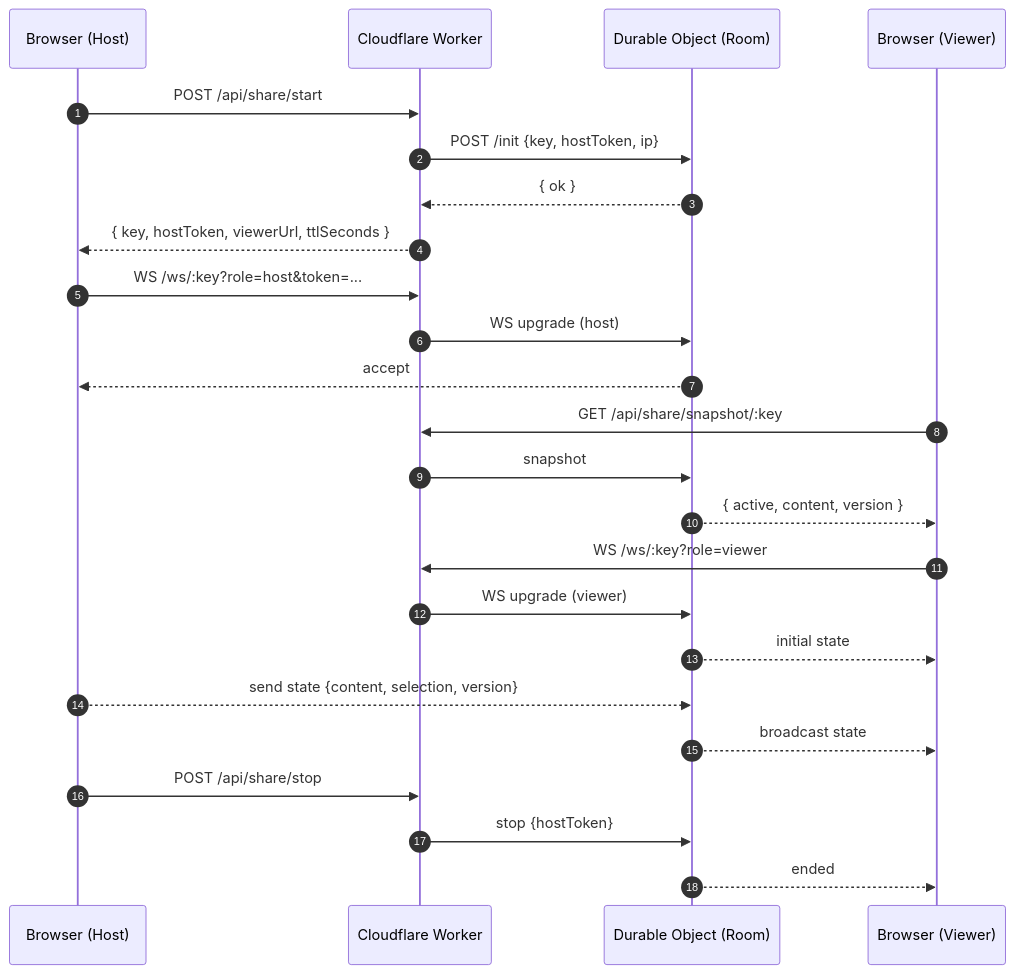
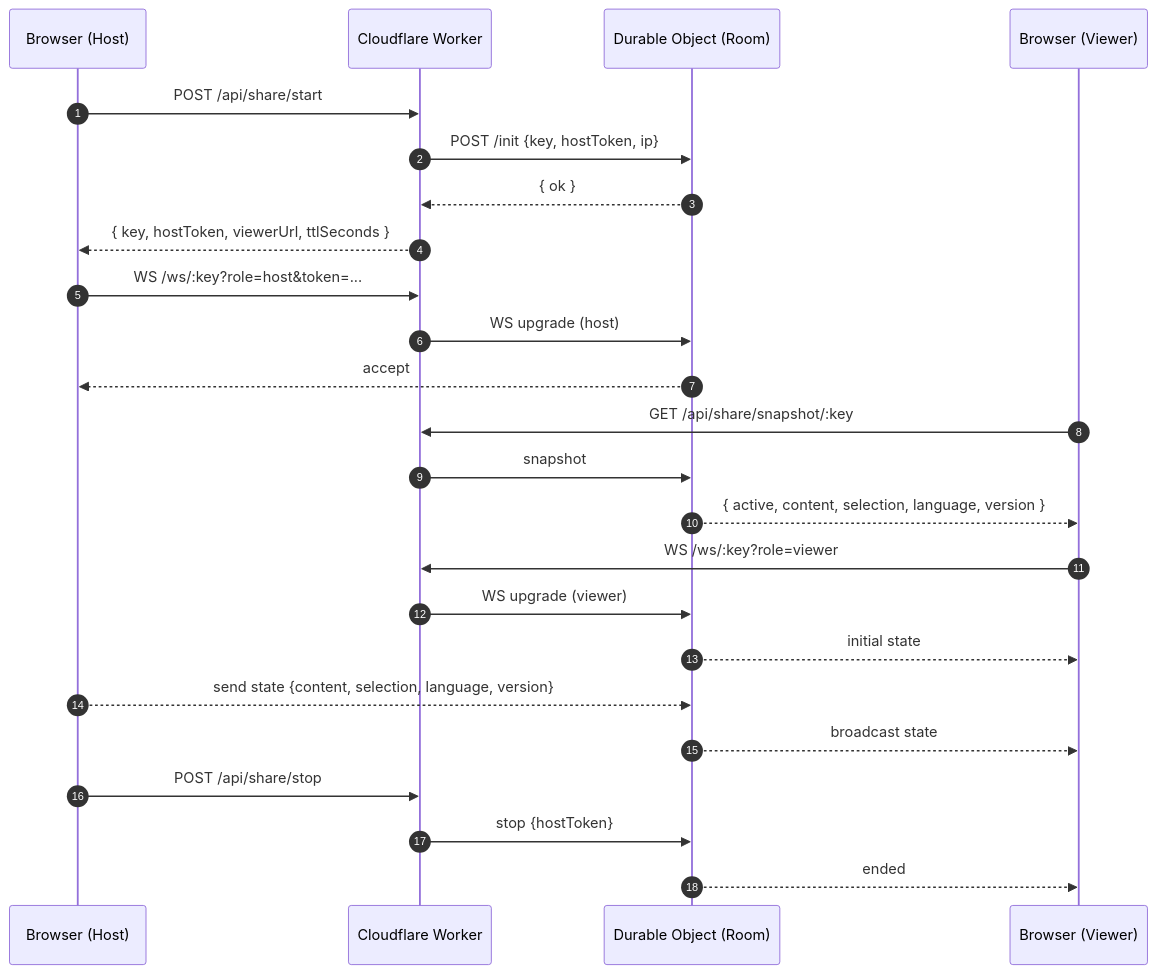
One commit to sanjaysingh/editor changed the diagram in README.md. Above: the diagram before and after it, drawn with Mermaid. The commit also changed other lines of this file and 1 other file, not shown here.

````diff
--- a/README.md
+++ b/README.md
@@ -51,32 +52,32 @@
 ```mermaid
 sequenceDiagram
 autonumber
 participant Host as Browser (Host)
 participant Worker as Cloudflare Worker
 participant DO as Durable Object (Room)
 participant Viewer as Browser (Viewer)
 
 Host->>Worker: POST /api/share/start
 Worker->>DO: POST /init {key, hostToken, ip}
 DO-->>Worker: { ok }
 Worker-->>Host: { key, hostToken, viewerUrl, ttlSeconds }
 
 Host->>Worker: WS /ws/:key?role=host&token=...
 Worker->>DO: WS upgrade (host)
 DO-->>Host: accept
 
 Viewer->>Worker: GET /api/share/snapshot/:key
 Worker->>DO: snapshot
-DO-->>Viewer: { active, content, version }
+DO-->>Viewer: { active, content, selection, language, version }
 
 Viewer->>Worker: WS /ws/:key?role=viewer
 Worker->>DO: WS upgrade (viewer)
 DO-->>Viewer: initial state
 
-Host-->>DO: send state {content, selection, version}
+Host-->>DO: send state {content, selection, language, version}
 DO-->>Viewer: broadcast state
 
 Host->>Worker: POST /api/share/stop
 Worker->>DO: stop {hostToken}
 DO-->>Viewer: ended
 ```
````
